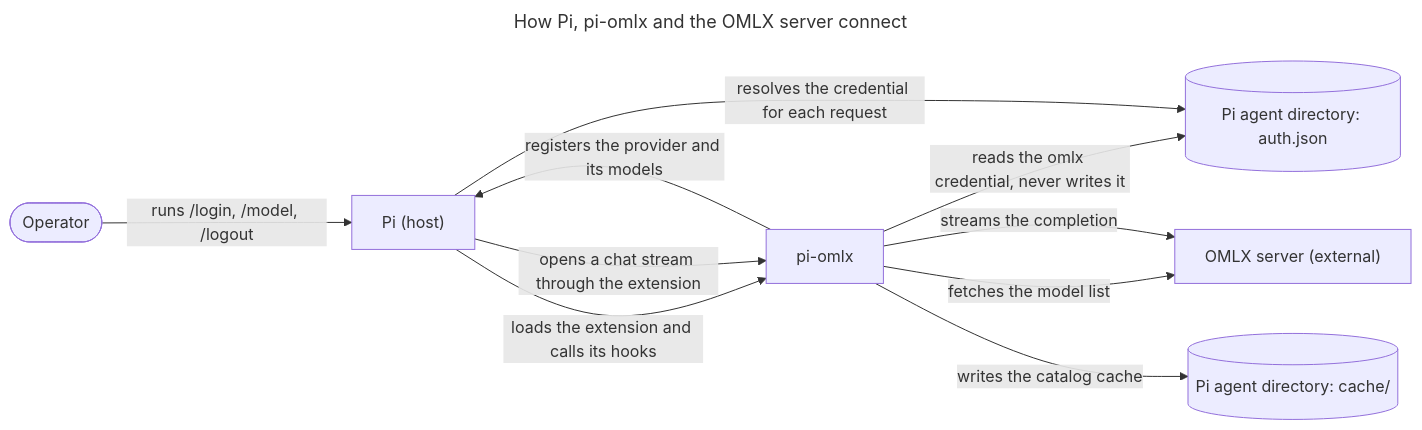
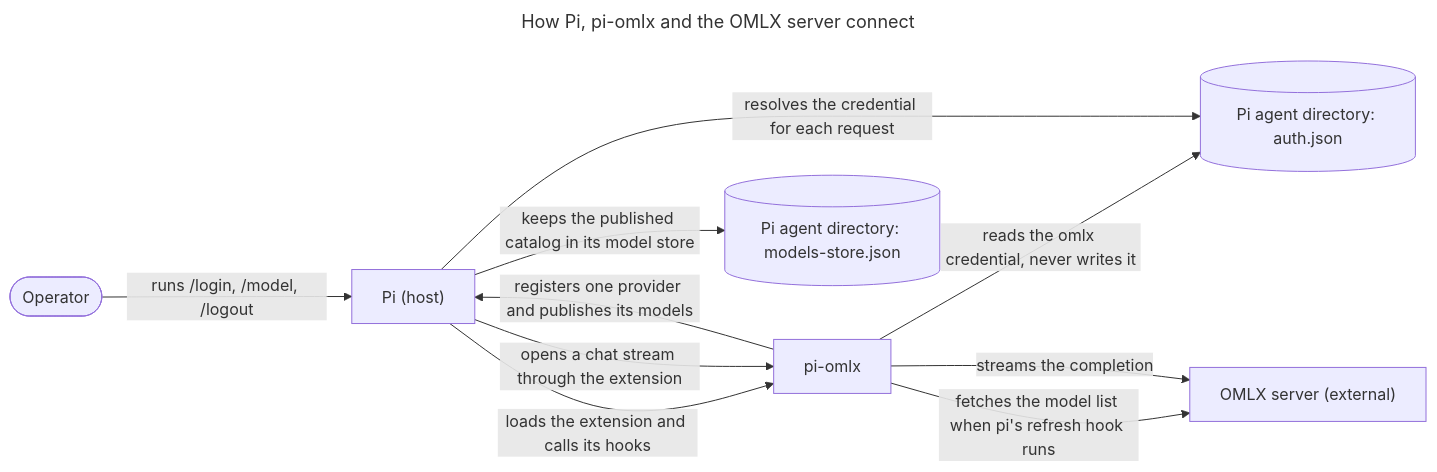
The diagram in ARCHITECTURE.md (joelleibow/pi-omlx), drawn with Mermaid before and after one commit. The commit also changed other lines of this file and 9 other files, not shown here.

````diff
--- a/ARCHITECTURE.md
+++ b/ARCHITECTURE.md
@@ -17,15 +17,15 @@
 ```mermaid
 ---
 title: How Pi, pi-omlx and the OMLX server connect
 ---
 flowchart LR
     operator([Operator]) -->|runs /login, /model, /logout| pi["Pi (host)"]
     pi -->|loads the extension and calls its hooks| ext["pi-omlx"]
     ext -->|reads the omlx credential, never writes it| auth[("Pi agent directory: auth.json")]
     pi -->|resolves the credential for each request| auth
-    ext -->|registers the provider and its models| pi
-    ext -->|fetches the model list| omlx["OMLX server (external)"]
-    ext -->|writes the catalog cache| cache[("Pi agent directory: cache/")]
+    ext -->|registers one provider and publishes its models| pi
+    pi -->|keeps the published catalog in its model store| store[("Pi agent directory: models-store.json")]
+    ext -->|fetches the model list when pi's refresh hook runs| omlx["OMLX server (external)"]
     pi -->|opens a chat stream through the extension| ext
     ext -->|streams the completion| omlx
 ```
````
